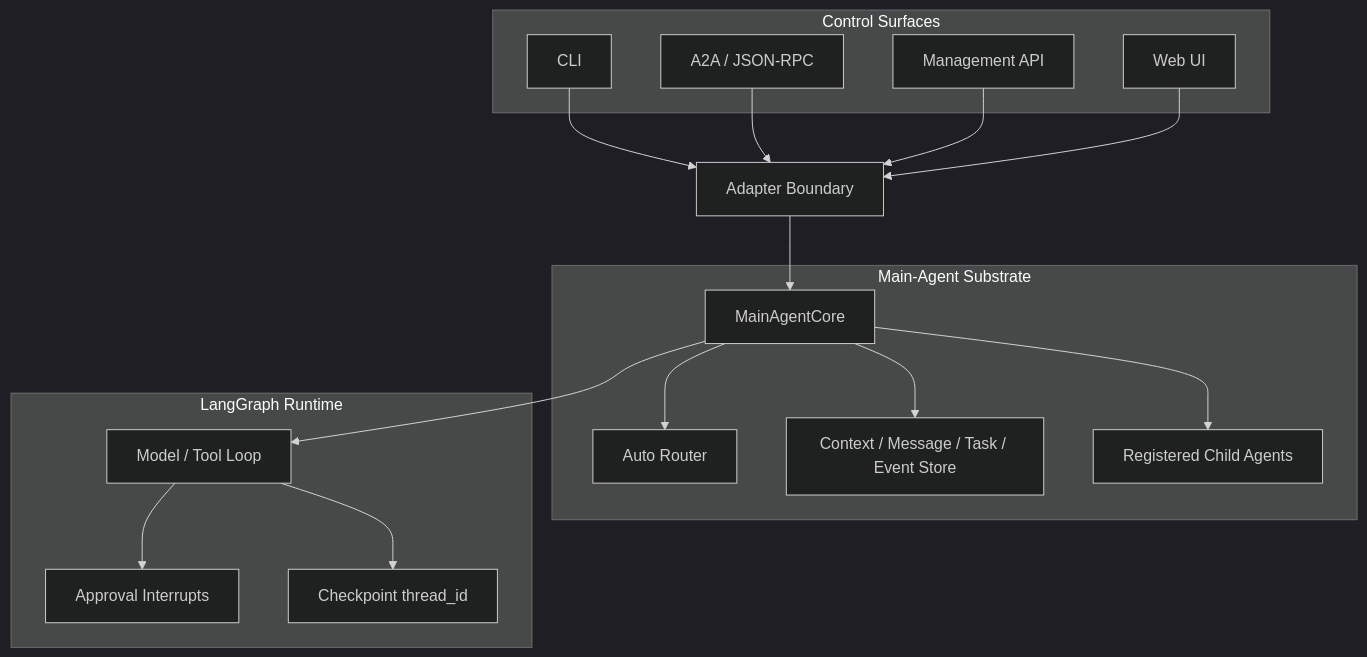
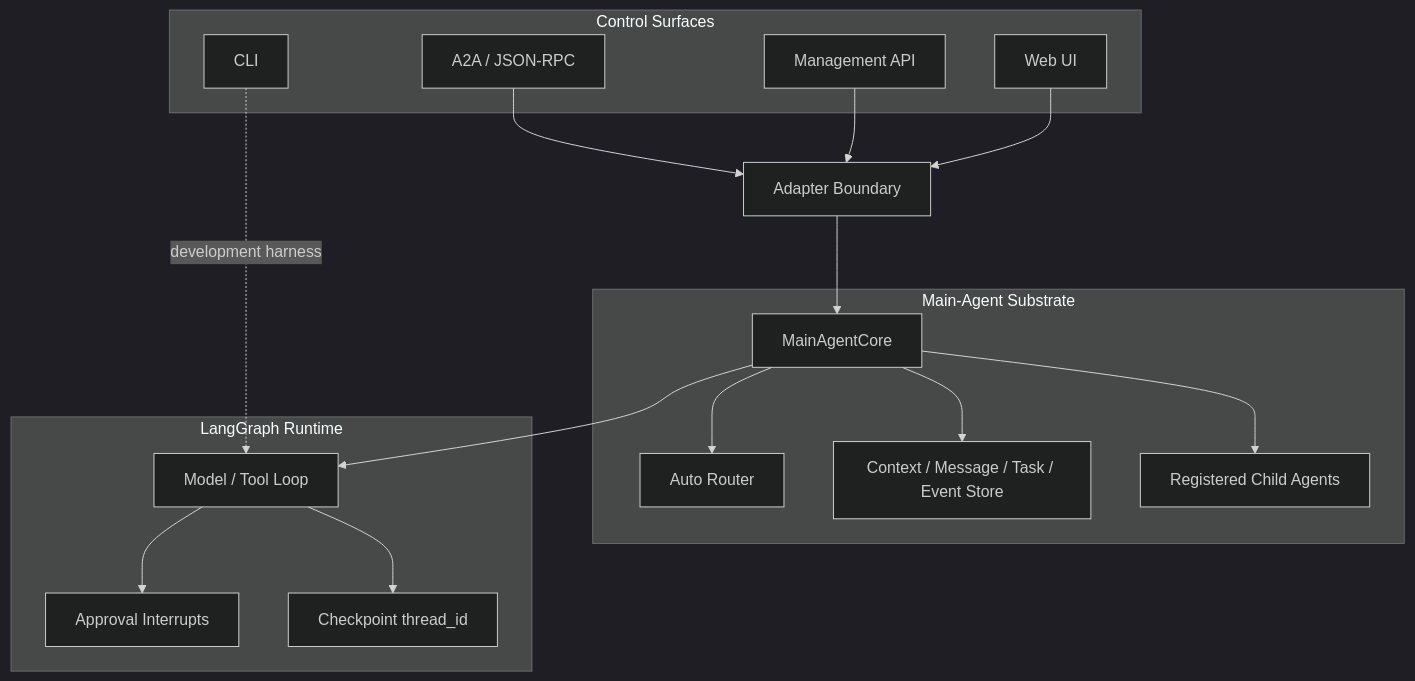
One commit to phzou-ai/mini-agent changed the first of 3 diagrams in README.md. Above: the diagram before and after it, drawn with Mermaid (dark theme). The commit also changed other lines of this file and 5 other files, not shown here.

Commit message:
docs: align architecture with current runtime

````diff
--- a/README.md
+++ b/README.md
@@ -24,36 +24,36 @@
 ```mermaid
 flowchart TB
   subgraph Entry["Control Surfaces"]
     CLI["CLI"]
     A2A["A2A / JSON-RPC"]
     API["Management API"]
     UI["Web UI"]
   end
 
   BOUNDARY["Adapter Boundary"]
 
   subgraph Main["Main-Agent Substrate"]
     CORE["MainAgentCore"]
     ROUTER["Auto Router"]
     STORE["Context / Message / Task / Event Store"]
     CHILD["Registered Child Agents"]
   end
 
   subgraph Runtime["LangGraph Runtime"]
     GRAPH["Model / Tool Loop"]
     APPROVAL["Approval Interrupts"]
     CKPT["Checkpoint thread_id"]
   end
 
-  CLI --> BOUNDARY
   A2A --> BOUNDARY
   API --> BOUNDARY
   UI --> BOUNDARY
   BOUNDARY --> CORE
   CORE --> ROUTER
   CORE --> STORE
   CORE --> CHILD
   CORE --> GRAPH
+  CLI -. "development harness" .-> GRAPH
   GRAPH --> APPROVAL
   GRAPH --> CKPT
 ```
````
